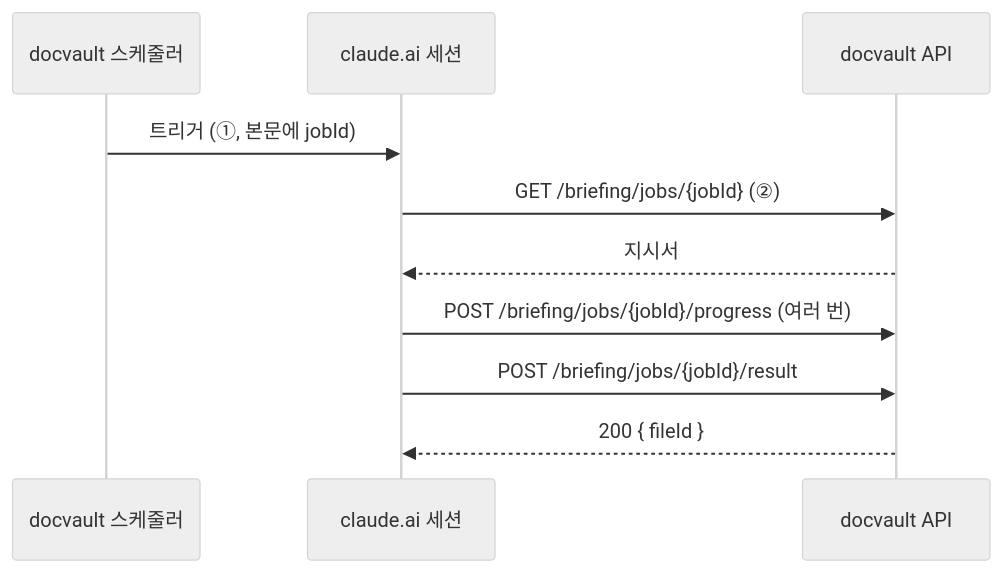
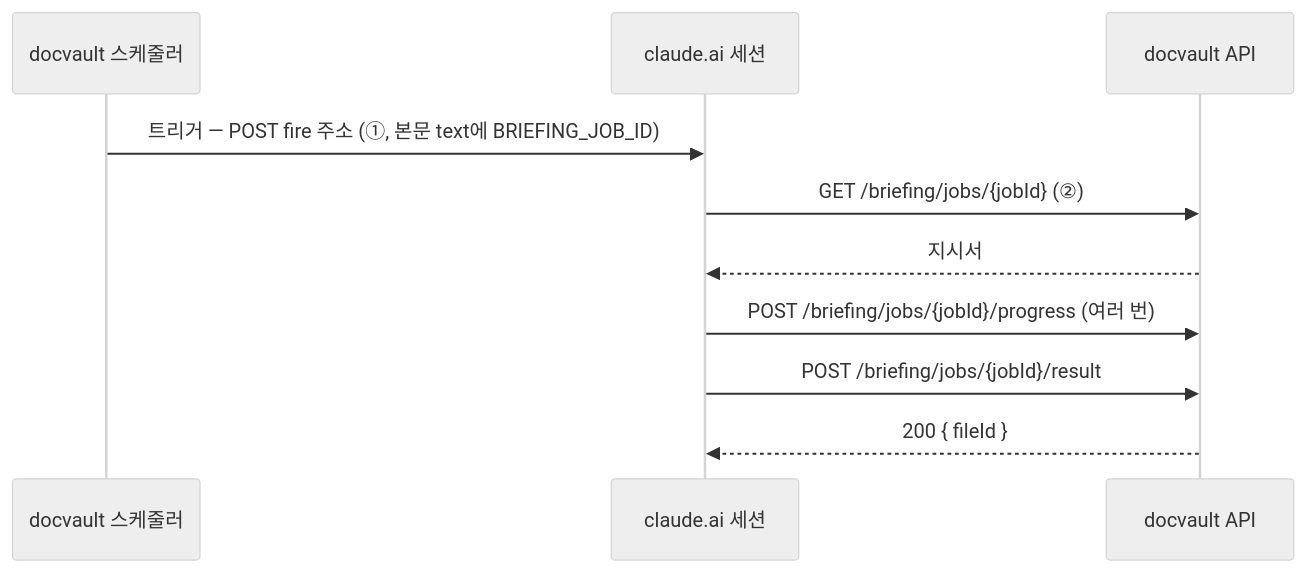
One commit to ehdwn009/docvault changed the third of 3 diagrams in docs/design/뉴스브리핑_docvault_20261001.md. Above: the diagram before and after it, drawn with Mermaid (neutral theme). The commit also changed other lines of this file and 4 other files, not shown here.

First line of the commit message:
docs: 구독 생성 방식 설계·API 명세·ERD·IA·아키텍처를 4단계 서버 구현에 맞춤

````diff
--- a/docs/design/뉴스브리핑_docvault_20261001.md
+++ b/docs/design/뉴스브리핑_docvault_20261001.md
@@ -471,12 +471,12 @@
 ```mermaid
 sequenceDiagram
     participant S as docvault 스케줄러
     participant C as claude.ai 세션
     participant D as docvault API
-    S->>C: 트리거 (①, 본문에 jobId)
+    S->>C: 트리거 — POST fire 주소 (①, 본문 text에 BRIEFING_JOB_ID)
     C->>D: GET /briefing/jobs/{jobId} (②)
     D-->>C: 지시서
     C->>D: POST /briefing/jobs/{jobId}/progress (여러 번)
     C->>D: POST /briefing/jobs/{jobId}/result
     D-->>C: 200 { fileId }
 ```
````
